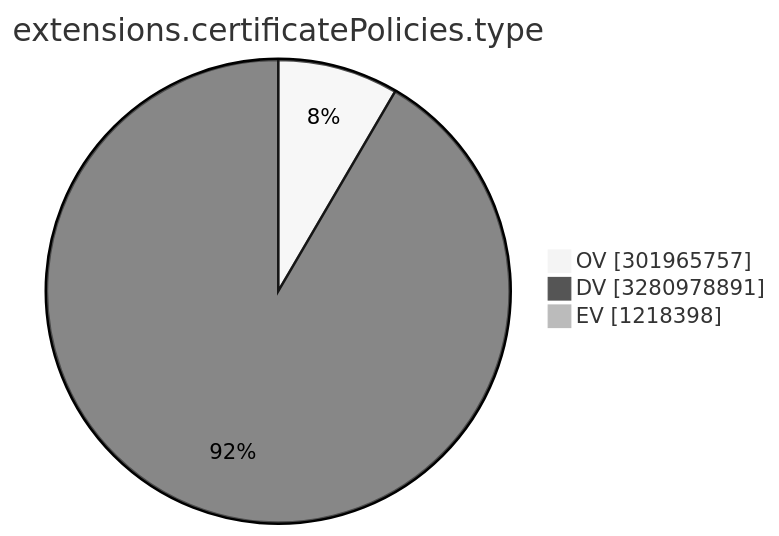
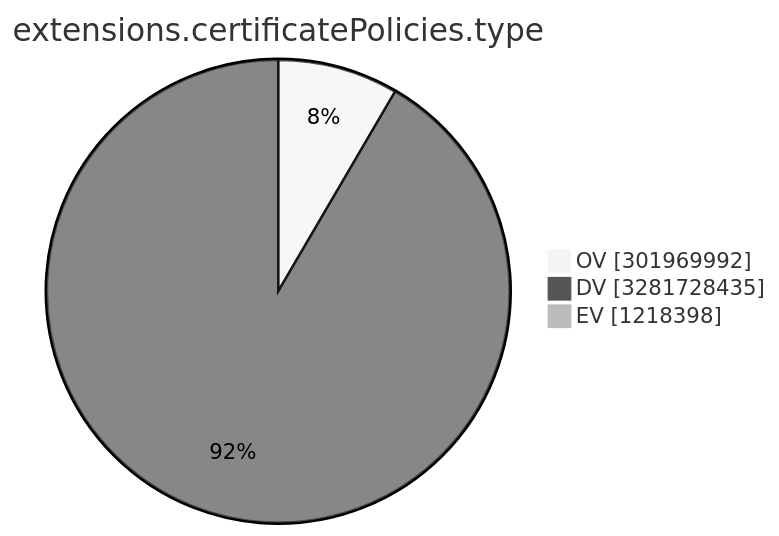
The ninth of 15 diagrams in TOTAL/README.md (christiankrug/ctmonitor_visualization), drawn with Mermaid (neutral theme) before and after one commit. The commit also changed other lines of this file, not shown here.

````diff
--- a/TOTAL/README.md
+++ b/TOTAL/README.md
@@ -3107,7 +3107,7 @@
 ```mermaid
 pie showData
 title extensions.certificatePolicies.type
-"OV" :301965757
-"DV" :3280978891
+"OV" :301969992
+"DV" :3281728435
 "EV" :1218398
 ```
````
